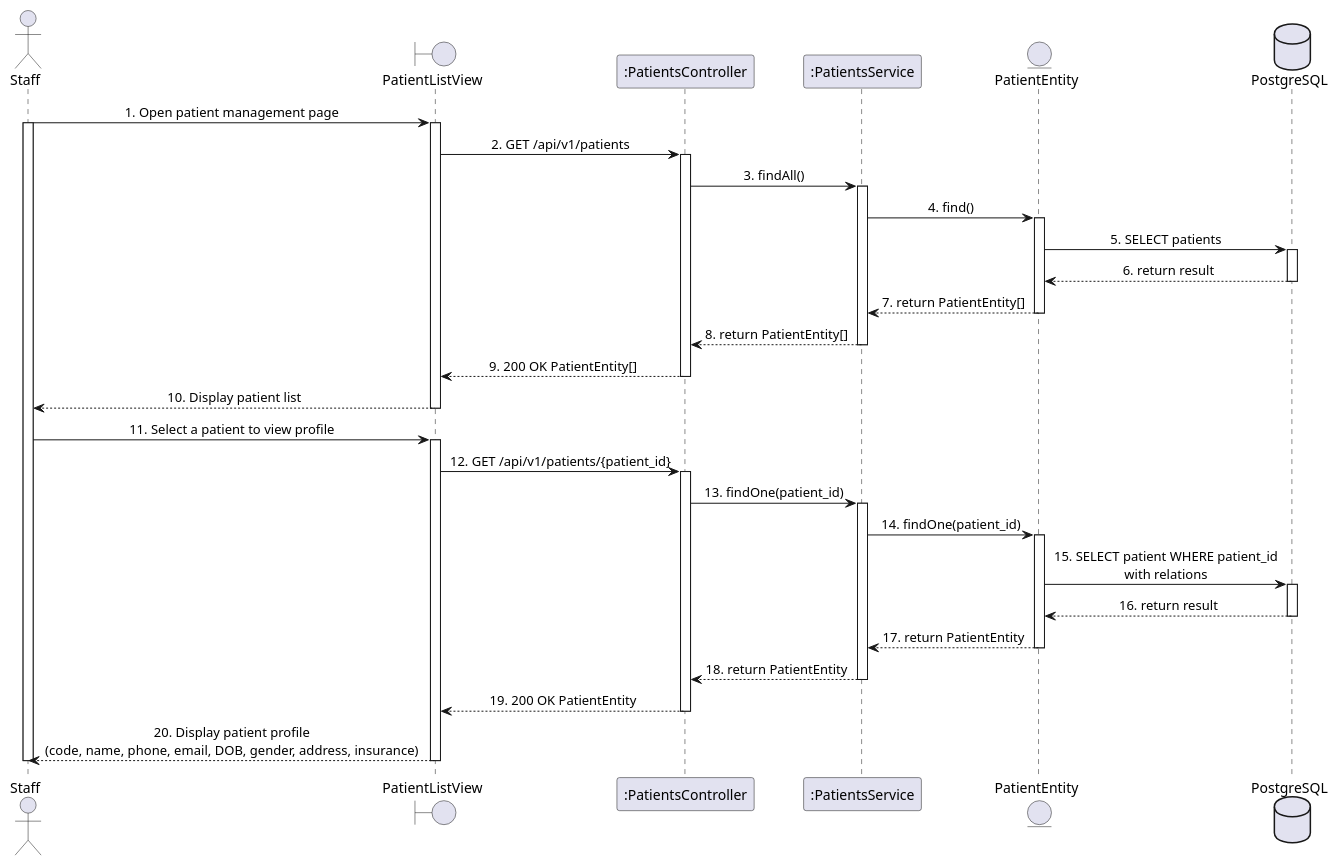
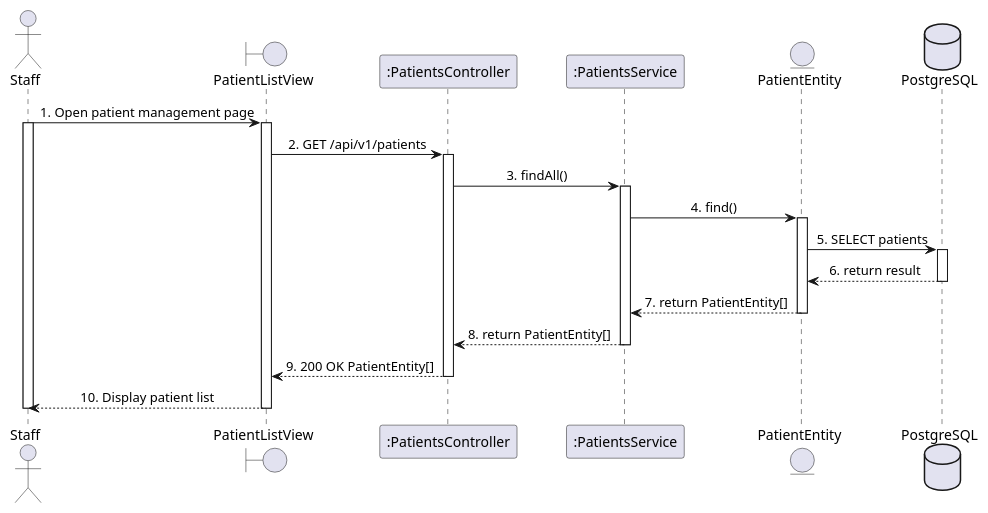
Before and after one commit to LTPPPP/Smart-Medical-Intelligent-Ledger-for-E-health-S.M.I.L.E-: the diagram in docs/sequence-diagram/UC38_ViewPatientProfile.puml, drawn with PlantUML. The commit also changed 144 other files, not shown here.

Commit message:
doc: update sequence and class diagram

```diff
--- a/docs/sequence-diagram/UC38_ViewPatientProfile.puml
+++ b/docs/sequence-diagram/UC38_ViewPatientProfile.puml
@@ -1,68 +1,41 @@
 @startuml SequenceDiagram
 skinparam shadowing false
 skinparam sequenceMessageAlign center
 actor "Staff" as user
 boundary "PatientListView" as form
 participant ":PatientsController" as ctrl
 participant ":PatientsService" as patSvc
 entity "PatientEntity" as patEntity
 database "PostgreSQL" as db
 
 user -> form : 1. Open patient management page
 activate user
 activate form
 
 form -> ctrl : 2. GET /api/v1/patients
 activate ctrl
 
 ctrl -> patSvc : 3. findAll()
 activate patSvc
 
 patSvc -> patEntity : 4. find()
 activate patEntity
 patEntity -> db : 5. SELECT patients
 activate db
 db --> patEntity : 6. return result
 deactivate db
 patEntity --> patSvc : 7. return PatientEntity[]
 deactivate patEntity
 
 patSvc --> ctrl : 8. return PatientEntity[]
 deactivate patSvc
 
 ctrl --> form : 9. 200 OK PatientEntity[]
 deactivate ctrl
 
 form --> user : 10. Display patient list
 deactivate form
 
-user -> form : 11. Select a patient to view profile
-activate form
-
-form -> ctrl : 12. GET /api/v1/patients/{patient_id}
-activate ctrl
-
-ctrl -> patSvc : 13. findOne(patient_id)
-activate patSvc
-
-patSvc -> patEntity : 14. findOne(patient_id)
-activate patEntity
-patEntity -> db : 15. SELECT patient WHERE patient_id\nwith relations
-activate db
-db --> patEntity : 16. return result
-deactivate db
-patEntity --> patSvc : 17. return PatientEntity
-deactivate patEntity
-
-patSvc --> ctrl : 18. return PatientEntity
-deactivate patSvc
-
-ctrl --> form : 19. 200 OK PatientEntity
-deactivate ctrl
-
-form --> user : 20. Display patient profile\n(code, name, phone, email, DOB, gender, address, insurance)
-deactivate form
-
 deactivate user
 
 @enduml
```
